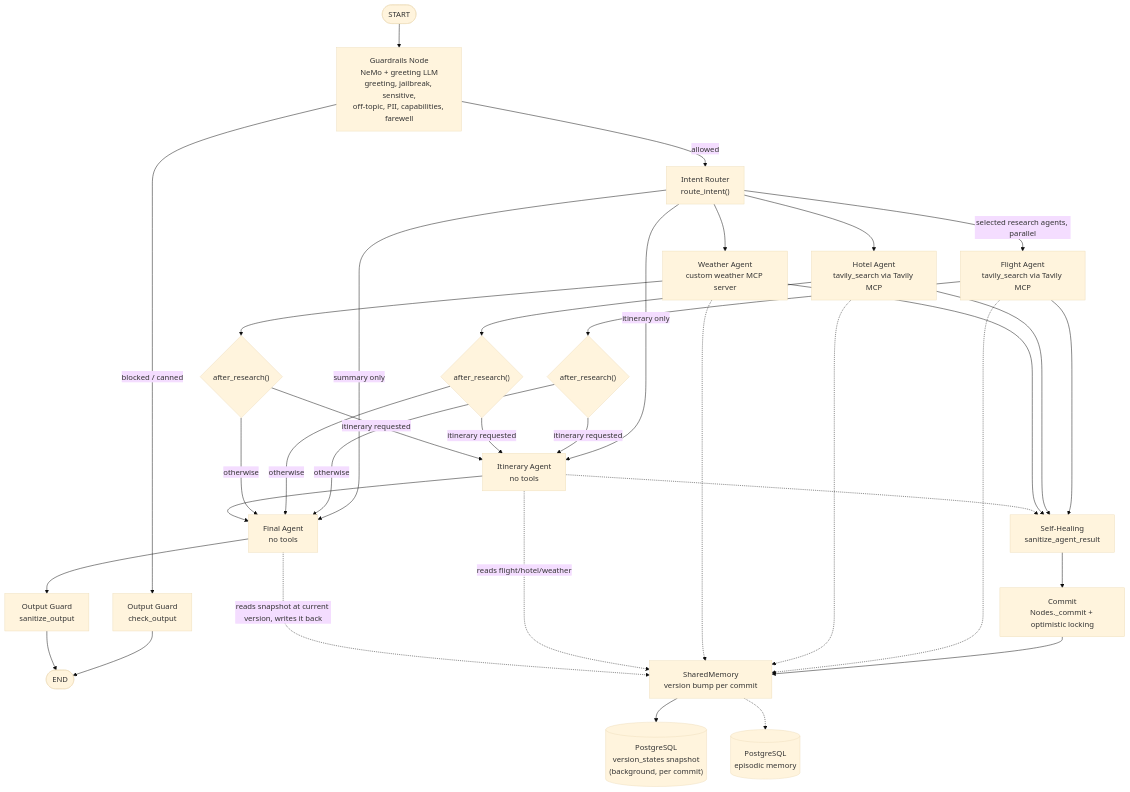
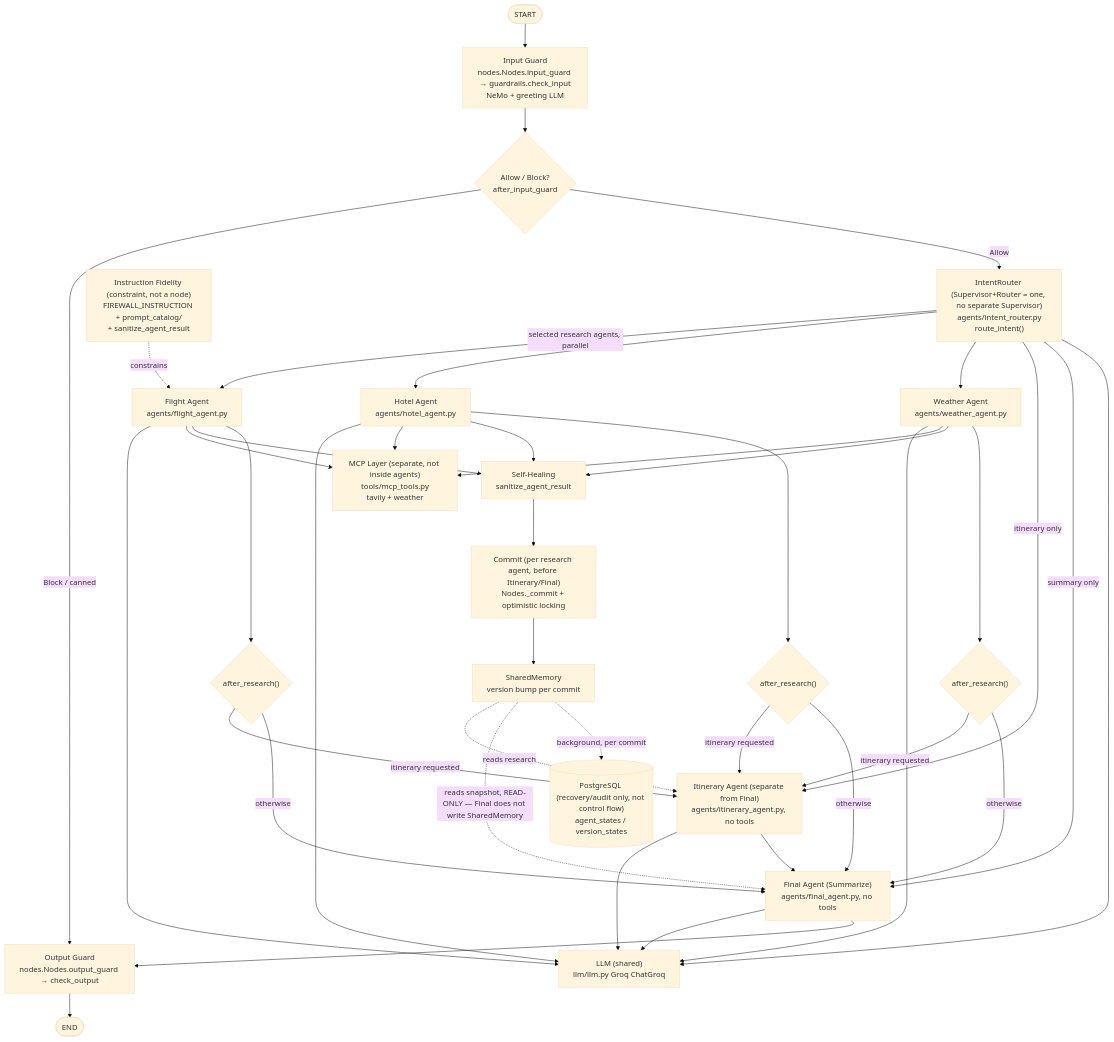
The second of 2 diagrams in README.md (mohamed2012004/Travel-Mate-AI), drawn with Mermaid (base theme) before and after one commit. The commit also changed other lines of this file and 1 other file, not shown here.

````diff
--- a/README.md
+++ b/README.md
@@ -79,41 +92,48 @@
 ```mermaid
 flowchart TD
-    START([START]) --> GUARD["Guardrails Node<br/>NeMo + greeting LLM<br/>greeting, jailbreak, sensitive,<br/>off-topic, PII, capabilities, farewell"]
-    GUARD -->|blocked / canned| OUTGUARD["Output Guard<br/>check_output"]
-    GUARD -->|allowed| Router["Intent Router<br/>route_intent()"]
+    START([START]) --> GUARD["Input Guard<br/>nodes.Nodes.input_guard → guardrails.check_input<br/>NeMo + greeting LLM"]
+    GUARD --> Decision{"Allow / Block?<br/>after_input_guard"}
+    Decision -->|Block / canned| OUTGUARD["Output Guard<br/>nodes.Nodes.output_guard → check_output"]
+    Decision -->|Allow| Router["IntentRouter (Supervisor+Router = one, no separate Supervisor)<br/>agents/intent_router.py<br/>route_intent()"]
     OUTGUARD --> END([END])
-    Router -->|selected research agents, parallel| Flight["Flight Agent<br/>tavily_search via Tavily MCP"]
-    Router --> Hotel["Hotel Agent<br/>tavily_search via Tavily MCP"]
-    Router --> Weather["Weather Agent<br/>custom weather MCP server"]
-    Router -->|itinerary only| Itinerary["Itinerary Agent<br/>no tools"]
-    Router -->|summary only| Final["Final Agent<br/>no tools"]
+    Router -->|selected research agents, parallel| Flight["Flight Agent<br/>agents/flight_agent.py"]
+    Router --> Hotel["Hotel Agent<br/>agents/hotel_agent.py"]
+    Router --> Weather["Weather Agent<br/>agents/weather_agent.py"]
+    Router -->|itinerary only| Itinerary["Itinerary Agent (separate from Final)<br/>agents/itinerary_agent.py, no tools"]
+    Router -->|summary only| Final["Final Agent (Summarize)<br/>agents/final_agent.py, no tools"]
+
+    LLM["LLM (shared)<br/>llm/llm.py Groq ChatGroq"]
+    Router --> LLM
+    Flight --> LLM
+    Hotel --> LLM
+    Weather --> LLM
+    Itinerary --> LLM
+    Final --> LLM
+    Flight --> MCP["MCP Layer (separate, not inside agents)<br/>tools/mcp_tools.py<br/>tavily + weather"]
+    Hotel --> MCP
+    Weather --> MCP
 
     Flight --> SH["Self-Healing<br/>sanitize_agent_result"]
     Hotel --> SH
     Weather --> SH
-    SH --> Commit["Commit<br/>Nodes._commit + optimistic locking"]
+    SH --> Commit["Commit (per research agent, before Itinerary/Final)<br/>Nodes._commit + optimistic locking"]
     Commit --> SM["SharedMemory<br/>version bump per commit"]
-    SM --> VersDB[("PostgreSQL<br/>version_states snapshot<br/>(background, per commit)")]
-    Itinerary -.-> SH
 
     Flight --> After1{"after_research()"}
     Hotel --> After2{"after_research()"}
     Weather --> After3{"after_research()"}
     After1 -->|itinerary requested| Itinerary
     After2 -->|itinerary requested| Itinerary
     After3 -->|itinerary requested| Itinerary
     After1 -->|otherwise| Final
     After2 -->|otherwise| Final
     After3 -->|otherwise| Final
 
     Itinerary --> Final
-    Final --> OUTGUARD2["Output Guard<br/>sanitize_output"]
-    OUTGUARD2 --> END
+    Final --> OUTGUARD
 
-    Flight -.-> SM
-    Hotel -.-> SM
-    Weather -.-> SM
-    Itinerary -.->|reads flight/hotel/weather| SM
-    Final -.->|reads snapshot at current version, writes it back| SM
-    SM -.-> PG[("PostgreSQL<br/>episodic memory")]
+    SM -.->|reads research| Itinerary
+    SM -.->|reads snapshot, READ-ONLY — Final does not write SharedMemory| Final
+    SM -.->|background, per commit| PG[("PostgreSQL (recovery/audit only, not control flow)<br/>agent_states / version_states")]
+    Fidelity2["Instruction Fidelity (constraint, not a node)<br/>FIREWALL_INSTRUCTION + prompt_catalog/<br/>+ sanitize_agent_result"] -.->|constrains| Flight
 ```
````
